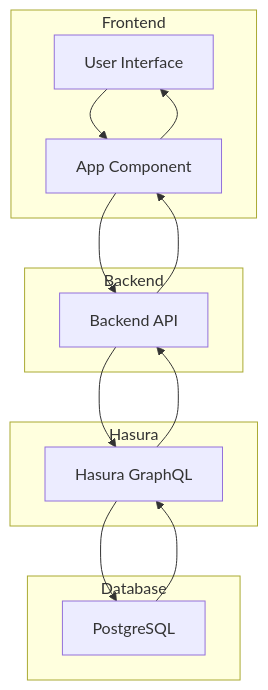
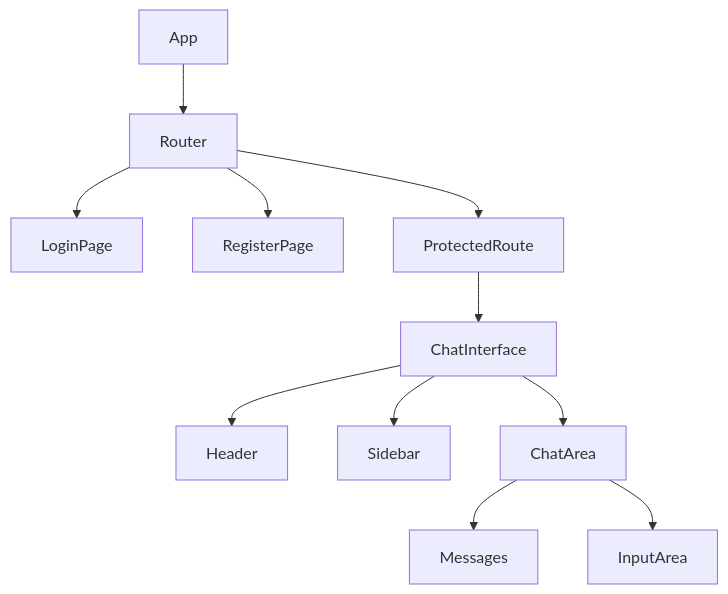
The diagram in zdocumentation/FRONTEND_APPLICATION.md (hardikkaaccount/chat_app), drawn with Mermaid before and after one commit. The commit also changed other lines of this file and 16 other files, not shown here.

````diff
--- a/zdocumentation/FRONTEND_APPLICATION.md
+++ b/zdocumentation/FRONTEND_APPLICATION.md
@@ -99,28 +182,15 @@
 ```mermaid
 graph TD
-    A[User Interface] --> B[App Component]
-    B --> C[Backend API]
-    C --> D[Hasura GraphQL]
-    D --> E[PostgreSQL]
-    E --> D
-    D --> C
-    C --> B
-    B --> A
+    A[App] --> B[Router]
+    B --> C[LoginPage]
+    B --> D[RegisterPage]
+    B --> E[ProtectedRoute]
+    E --> F[ChatInterface]
     
-    subgraph Frontend
-        A
-        B
-    end
+    F --> G[Header]
+    F --> H[Sidebar]
+    F --> I[ChatArea]
     
-    subgraph Backend
-        C
-    end
-    
-    subgraph Hasura
-        D
-    end
-    
-    subgraph Database
-        E
-    end
+    I --> J[Messages]
+    I --> K[InputArea]
 ```
````
